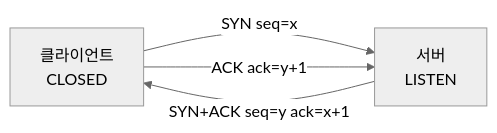
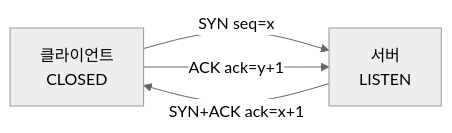
One commit to yjkim2015/yjkim2015.github.io changed the fourth of 9 diagrams in _posts/network/2026-05-01-osi-7-layer.md. Above: the diagram before and after it, drawn with Mermaid (neutral theme). The commit also changed other lines of this file and 245 other files, not shown here.

First line of the commit message:
Mermaid 다이어그램 전면 수정 + 면접 포인트 접기/펼치기 + DB 데드락 페이지

````diff
--- a/_posts/network/2026-05-01-osi-7-layer.md
+++ b/_posts/network/2026-05-01-osi-7-layer.md
@@ -492,6 +492,6 @@
 ```mermaid
 graph LR
     C["클라이언트\nCLOSED"] -->|"SYN seq=x"| S["서버\nLISTEN"]
-    S -->|"SYN+ACK seq=y ack=x+1"| C
+    S -->|"SYN+ACK ack=x+1"| C
     C -->|"ACK ack=y+1"| S
 ```
````
